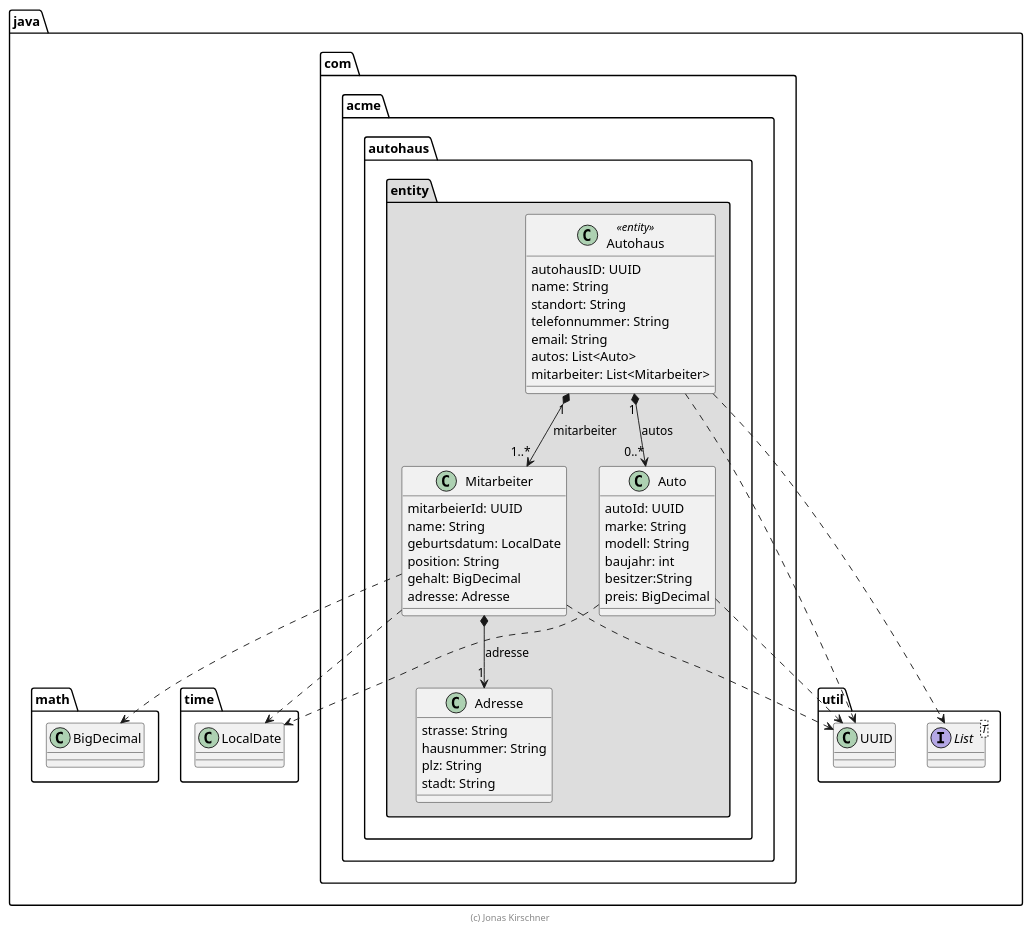
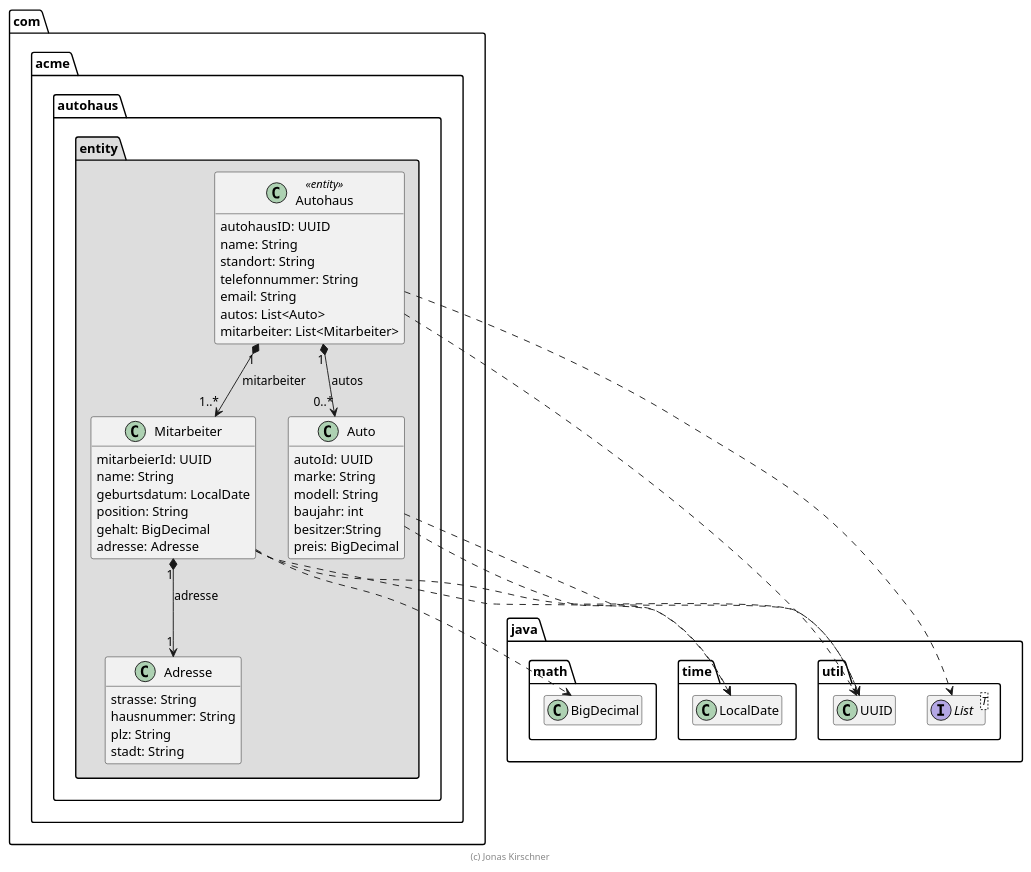
The diagram in extras/doc/Autohaus.plantuml (JBones35/AutohausJavaSwa), drawn with PlantUML before and after one commit. The commit also changed 5 other files, not shown here.

```diff
--- a/extras/doc/Autohaus.plantuml
+++ b/extras/doc/Autohaus.plantuml
@@ -1,75 +1,77 @@
 @startuml Autohaus
 
 skinparam classAttributeIconSize 0
 
 package java {
     package util {
         class UUID
         interface List<T>
     }
 
     package math {
         class BigDecimal
     }
 
     package time {
         class LocalDate
     }
+}
 
     package com.acme.autohaus.entity #DDDDDD {
     class Adresse {
         strasse: String
         hausnummer: String
         plz: String
         stadt: String
     }
 
     class Mitarbeiter {
         mitarbeierId: UUID
         name: String
         geburtsdatum: LocalDate
         position: String
         gehalt: BigDecimal
         adresse: Adresse
     }
 
     class Auto {
         autoId: UUID
         marke: String
         modell: String
         baujahr: int
         besitzer:String
         preis: BigDecimal
     }
 
     class Autohaus <<entity>> {
         autohausID: UUID
         name: String
         standort: String
         telefonnummer: String
         email: String
         autos: List<Auto>
         mitarbeiter: List<Mitarbeiter>
     }
 
     Autohaus "1" *--> "0..*" Auto : autos
     Autohaus "1" *--> "1..*" Mitarbeiter : mitarbeiter
 
     Autohaus ..> UUID
     Autohaus ..> List
 
-    Mitarbeiter *--> "1" Adresse : adresse
+    Mitarbeiter "1" *--> "1" Adresse : adresse
 
     Mitarbeiter ..> UUID
     Mitarbeiter ..> LocalDate
     Mitarbeiter ..> BigDecimal
 
     Auto ..> UUID
     Auto ..> LocalDate
 }
 
+
 hide empty members
 
 footer (c) Jonas Kirschner
 
 @enduml
```
